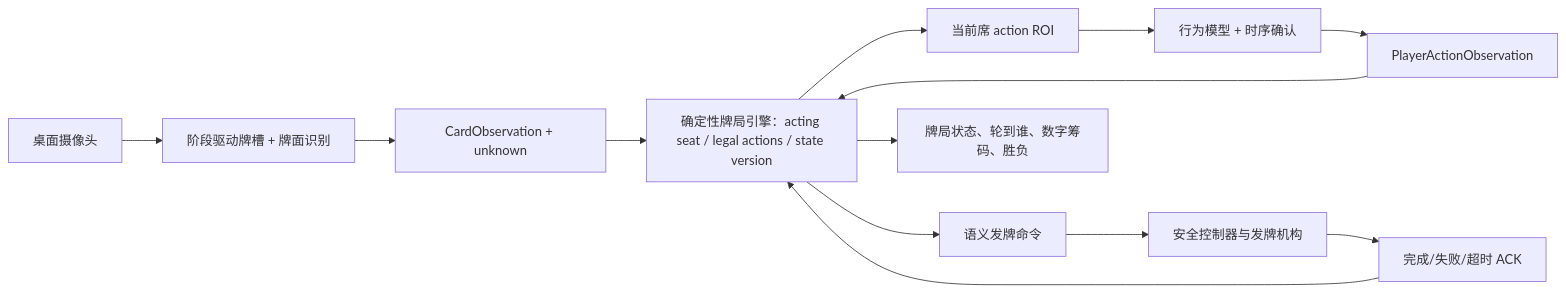
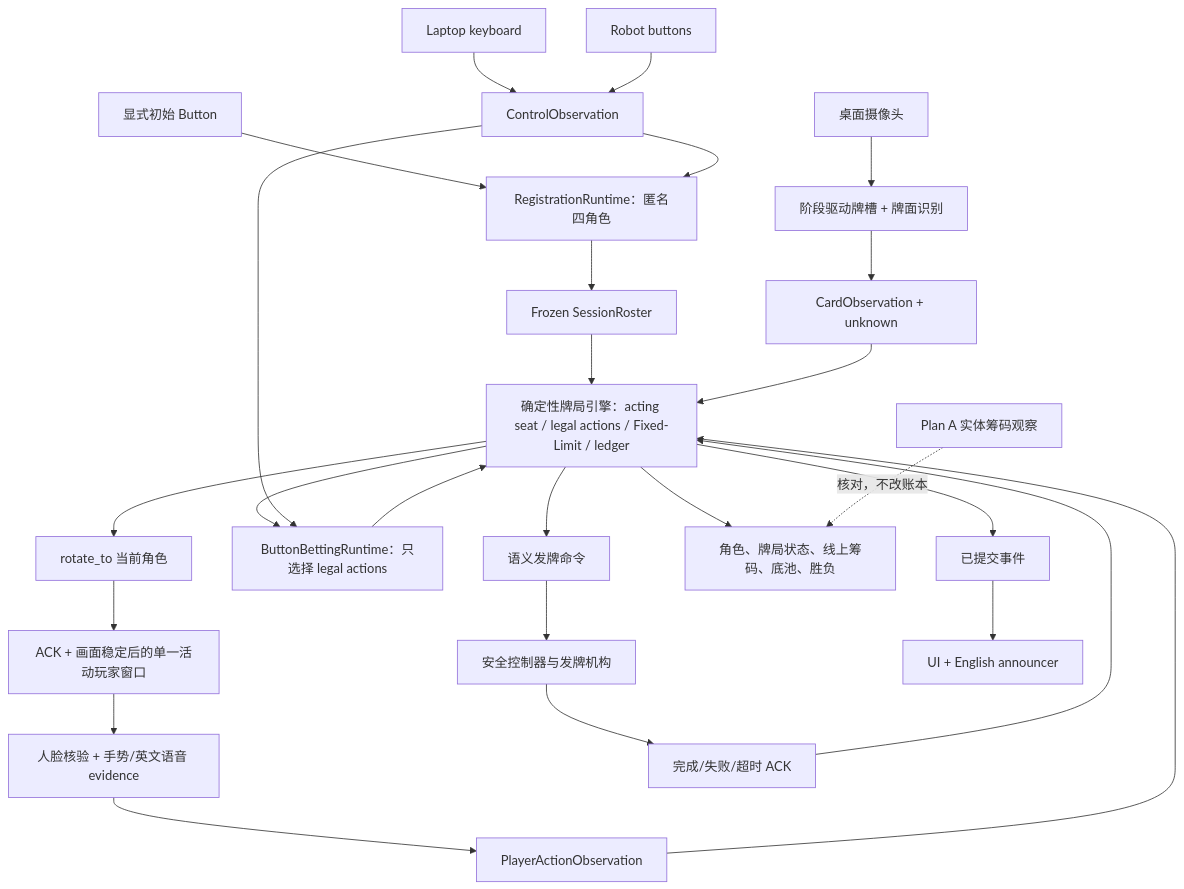
One commit to chenzc24/DeskMate-Advance changed the first of 2 diagrams in docs/plans/POKER_DEALER_MASTER_PLAN.md. Above: the diagram before and after it, drawn with Mermaid. The commit also changed other lines of this file and 52 other files, not shown here.

````diff
--- a/docs/plans/POKER_DEALER_MASTER_PLAN.md
+++ b/docs/plans/POKER_DEALER_MASTER_PLAN.md
@@ -34,15 +34,28 @@
 ```mermaid
-flowchart LR
-    G["确定性牌局引擎：acting seat / legal actions / state version"] --> F["当前席 action ROI"]
-    F --> A["行为模型 + 时序确认"]
+flowchart TD
+    I["显式初始 Button"] --> REG["RegistrationRuntime：匿名四角色"]
+    REG --> S["Frozen SessionRoster"]
+    S --> G["确定性牌局引擎：acting seat / legal actions / Fixed-Limit / ledger"]
+    G --> ROT["rotate_to 当前角色"]
+    ROT --> F["ACK + 画面稳定后的单一活动玩家窗口"]
+    F --> A["人脸核验 + 手势/英文语音 evidence"]
     A --> E["PlayerActionObservation"]
     E --> G
-    C["桌面摄像头"] --> V["阶段驱动牌槽 + 牌面识别"]
+    L["Laptop keyboard"] --> CTRL["ControlObservation"]
+    B["Robot buttons"] --> CTRL
+    CTRL --> REG
+    G --> X["ButtonBettingRuntime：只选择 legal actions"]
+    CTRL --> X
+    X --> G
+    CAM["桌面摄像头"] --> V["阶段驱动牌槽 + 牌面识别"]
     V --> O["CardObservation + unknown"]
     O --> G
     G --> D["语义发牌命令"]
-    D --> R["安全控制器与发牌机构"]
-    R --> K["完成/失败/超时 ACK"]
+    D --> ROBOT["安全控制器与发牌机构"]
+    ROBOT --> K["完成/失败/超时 ACK"]
     K --> G
-    G --> U["牌局状态、轮到谁、数字筹码、胜负"]
+    G --> U["角色、牌局状态、线上筹码、底池、胜负"]
+    G --> N["已提交事件"]
+    N --> P["UI + English announcer"]
+    Q["Plan A 实体筹码观察"] -. "核对，不改账本" .-> U
 ```
````
